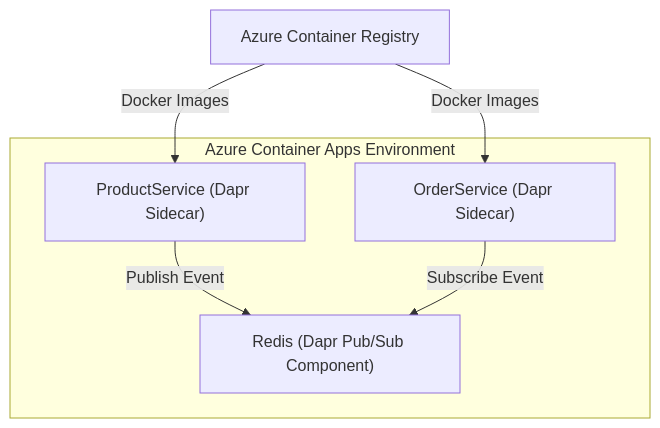
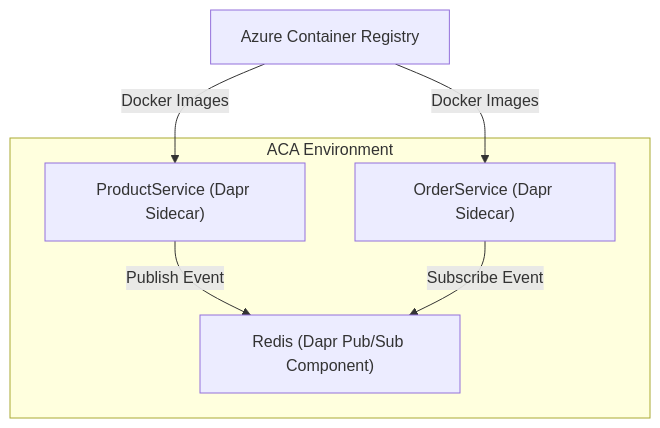
The diagram in README.md (ankitbarlota92/ProductsAndOrders), drawn with Mermaid before and after one commit.

````diff
--- a/README.md
+++ b/README.md
@@ -13,13 +13,13 @@
 ```mermaid
 flowchart TD
-  subgraph ACA["Azure Container Apps Environment"]
+  subgraph ACA["ACA Environment"]
     A["ProductService (Dapr Sidecar)"]
     B["OrderService (Dapr Sidecar)"]
     C["Redis (Dapr Pub/Sub Component)"]
     A -- "Publish Event" --> C
     B -- "Subscribe Event" --> C
   end
   D[Azure Container Registry]
   D -- "Docker Images" --> A
   D -- "Docker Images" --> B
 ```
````
